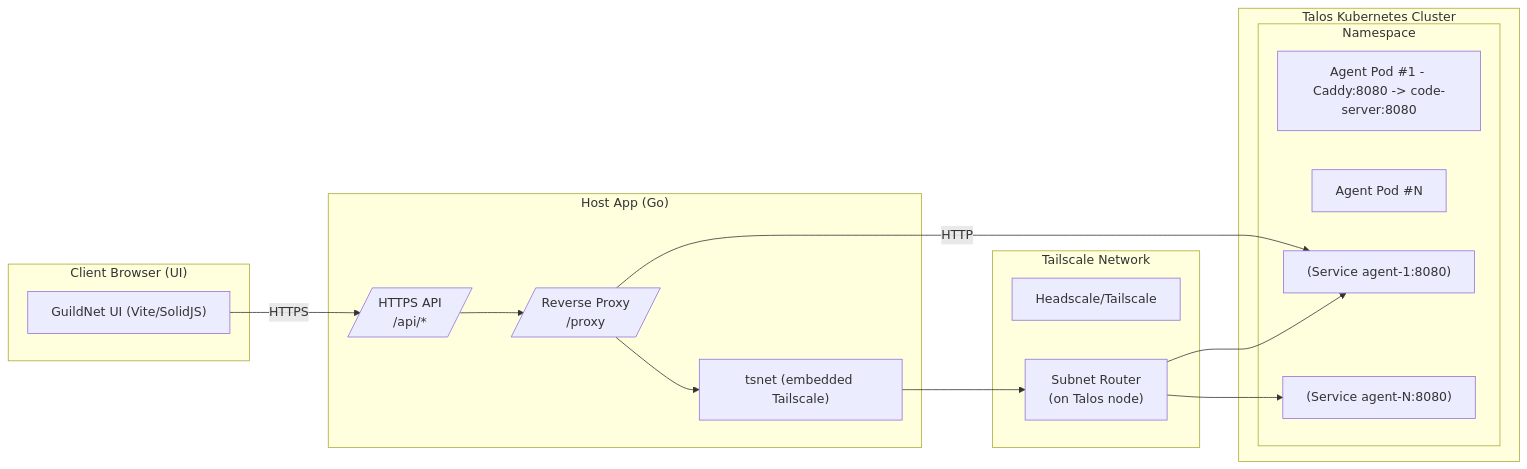
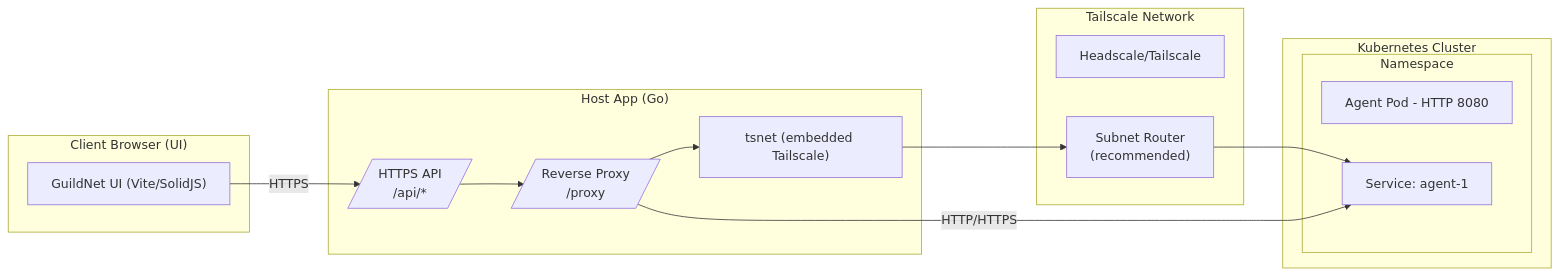
Before and after one commit to docxology/GuildNet: the first of 3 diagrams in architecture.md, drawn with Mermaid. The commit also changed other lines of this file, not shown here.

Commit message:
docs: Revise architecture document for clarity and detail; update goals, components, and flow descriptions

````diff
--- a/architecture.md
+++ b/architecture.md
@@ -48,34 +54,31 @@
 ```mermaid
 flowchart LR
   subgraph Browser["Client Browser (UI)"]
     UI["GuildNet UI (Vite/SolidJS)"]
   end
 
   subgraph Host["Host App (Go)"]
     API[/HTTPS API\n /api/*/]
     RP[/Reverse Proxy\n /proxy/]
     TS["tsnet (embedded Tailscale)"]
   end
 
   subgraph Tailnet["Tailscale Network"]
     HS["Headscale/Tailscale"]
-    SR["Subnet Router\n(on Talos node)"]
+    SR["Subnet Router\n(recommended)"]
   end
 
-  subgraph Talos["Talos Kubernetes Cluster"]
+  subgraph K8s["Kubernetes Cluster"]
     subgraph NS["Namespace"]
-      A1["Agent Pod #1 - Caddy:8080 -> code-server:8080"]
-      A2["Agent Pod #N"]
-      SVC1["(Service agent-1:8080)"]
-      SVCN["(Service agent-N:8080)"]
+      A1["Agent Pod - HTTP 8080"]
+      SVC1["Service: agent-1"]
     end
   end
 
   UI -->|HTTPS| API
   API --> RP
   RP --> TS
   TS --> SR
   SR --> SVC1
-  SR --> SVCN
-  RP -->|HTTP| SVC1
+  RP -->|HTTP/HTTPS| SVC1
 ```
````
